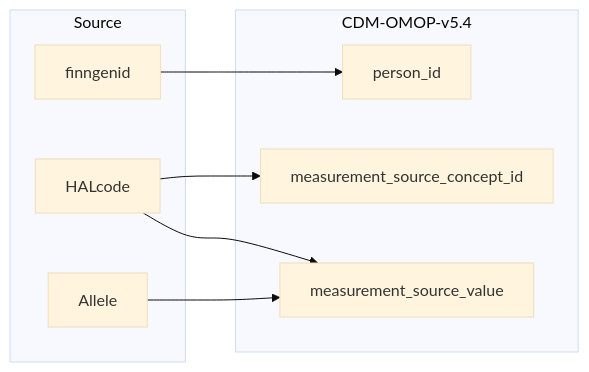
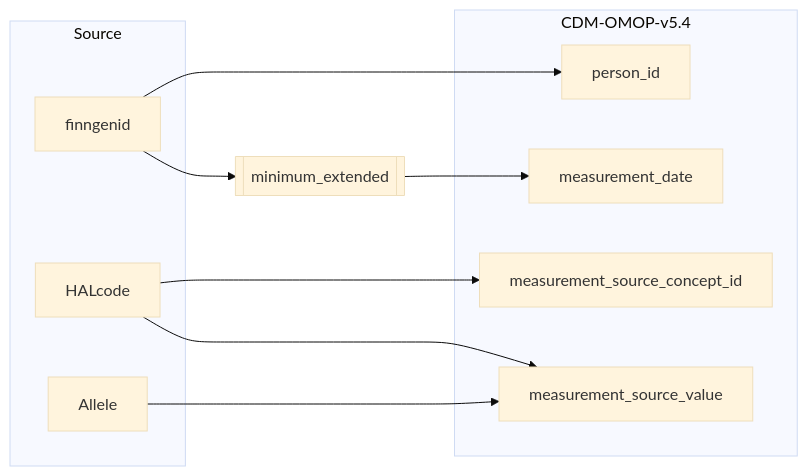
Before and after one commit to FINNGEN/ETL: the diagram in 2_etl_specifications/documentation/hla_to_measurement.md, drawn with Mermaid. The commit also changed other lines of this file, not shown here.

````diff
--- a/2_etl_specifications/documentation/hla_to_measurement.md
+++ b/2_etl_specifications/documentation/hla_to_measurement.md
@@ -10,23 +10,29 @@
 ```mermaid
 %%{init: {'theme': 'base' } }%%
 %%{init: {'theme': 'base' } }%%
 flowchart LR
     subgraph Source
         finngenid
         Allele
         HALcode
     end
 
+    minimum_extended[[minimum_extended]]
+
     subgraph CDM-OMOP-v5.4
         person_id
+        measurement_date
         measurement_source_concept_id
         measurement_source_value
     end
 
     finngenid-->person_id
+    finngenid-->minimum_extended
     
     HALcode-->measurement_source_concept_id
     Allele-->measurement_source_value
     HALcode-->measurement_source_value
 
+    minimum_extended-->measurement_date
+
 ```
````
